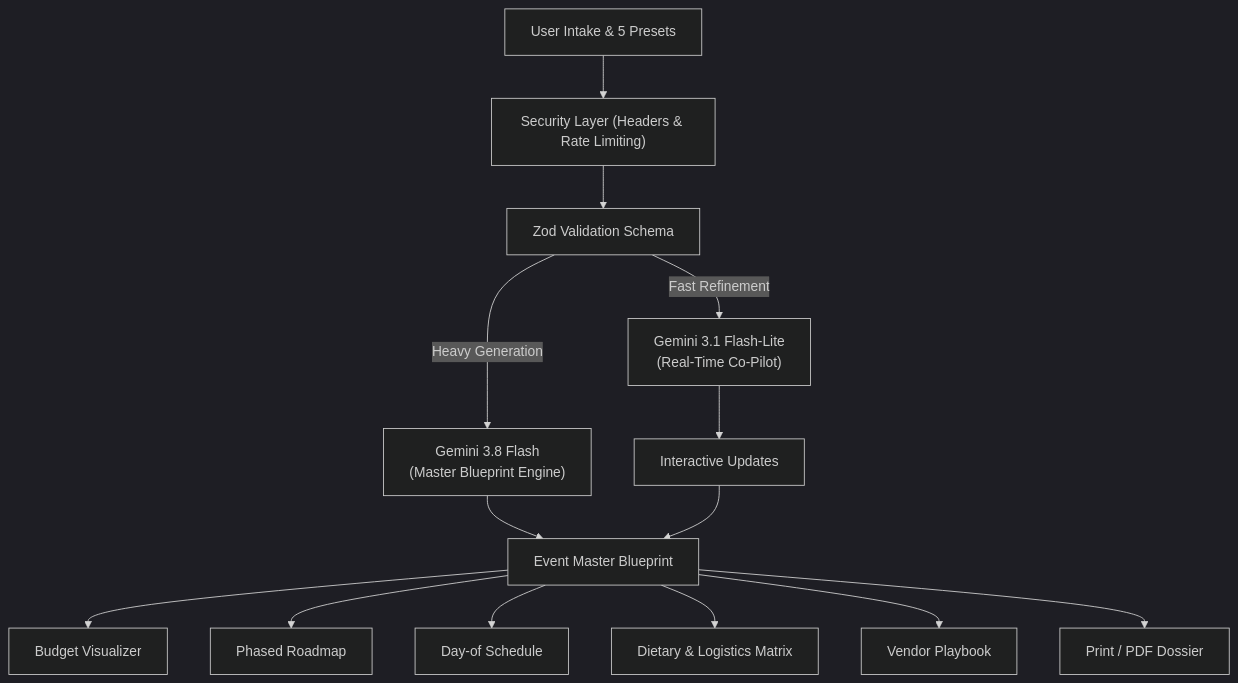
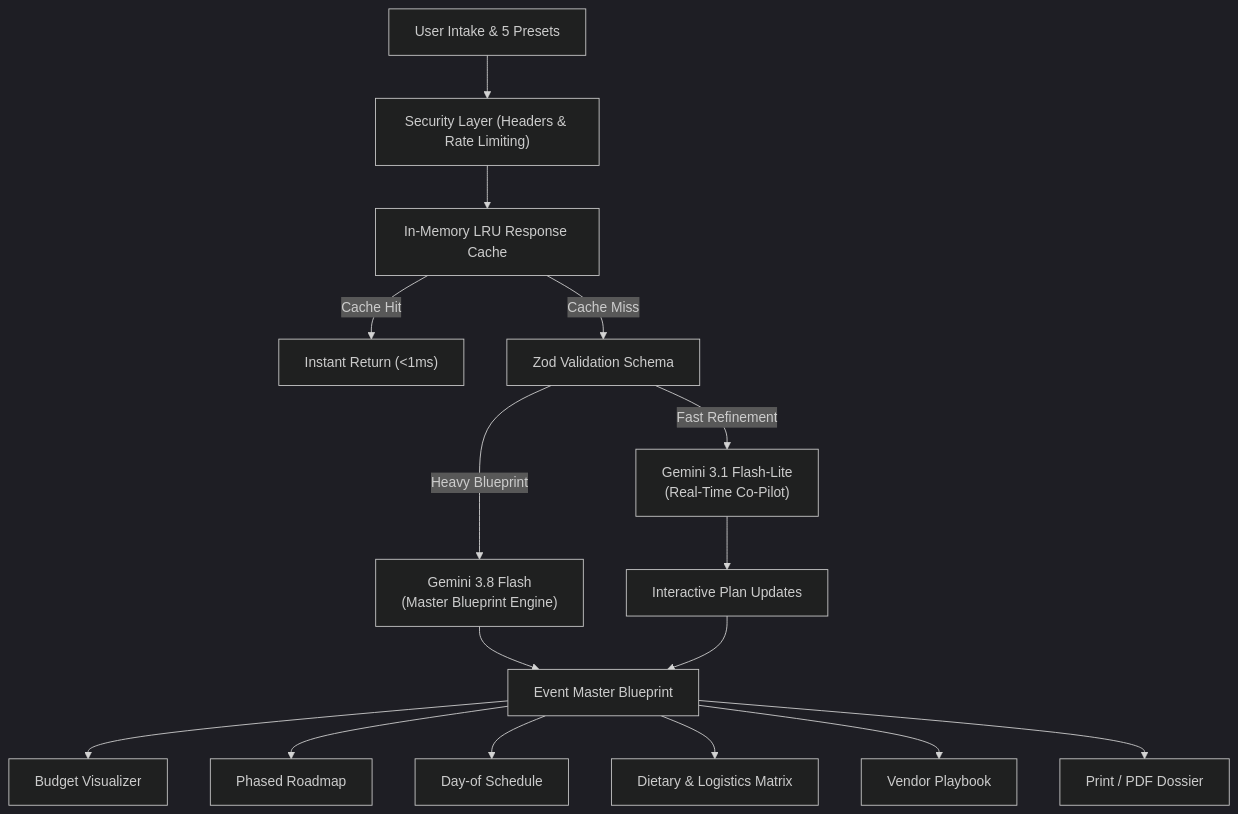
One commit to SayanModakDev/eventcraft-ai changed the diagram in README.md. Above: the diagram before and after it, drawn with Mermaid (dark theme). The commit also changed other lines of this file and 21 other files, not shown here.

Commit message:
perf(efficiency): restore efficiency to 100 with dynamic code splitting, in-memory LRU response caching, and atomic UI primitives

````diff
--- a/README.md
+++ b/README.md
@@ -51,16 +52,18 @@
 ```mermaid
 flowchart TD
     A["User Intake & 5 Presets"] --> B["Security Layer (Headers & Rate Limiting)"]
-    B --> C["Zod Validation Schema"]
-    C -->|Heavy Generation| D["Gemini 3.8 Flash<br/>(Master Blueprint Engine)"]
-    C -->|Fast Refinement| E["Gemini 3.1 Flash-Lite<br/>(Real-Time Co-Pilot)"]
-    D --> F["Event Master Blueprint"]
-    E --> G["Interactive Updates"]
-    F --> H["Budget Visualizer"]
-    F --> I["Phased Roadmap"]
-    F --> J["Day-of Schedule"]
-    F --> K["Dietary & Logistics Matrix"]
-    F --> L["Vendor Playbook"]
-    F --> M["Print / PDF Dossier"]
-    G --> F
+    B --> C["In-Memory LRU Response Cache"]
+    C -->|Cache Hit| D["Instant Return (<1ms)"]
+    C -->|Cache Miss| E["Zod Validation Schema"]
+    E -->|Heavy Blueprint| F["Gemini 3.8 Flash<br/>(Master Blueprint Engine)"]
+    E -->|Fast Refinement| G["Gemini 3.1 Flash-Lite<br/>(Real-Time Co-Pilot)"]
+    F --> H["Event Master Blueprint"]
+    G --> I["Interactive Plan Updates"]
+    H --> J["Budget Visualizer"]
+    H --> K["Phased Roadmap"]
+    H --> L["Day-of Schedule"]
+    H --> M["Dietary & Logistics Matrix"]
+    H --> N["Vendor Playbook"]
+    H --> O["Print / PDF Dossier"]
+    I --> H
 ```
````
